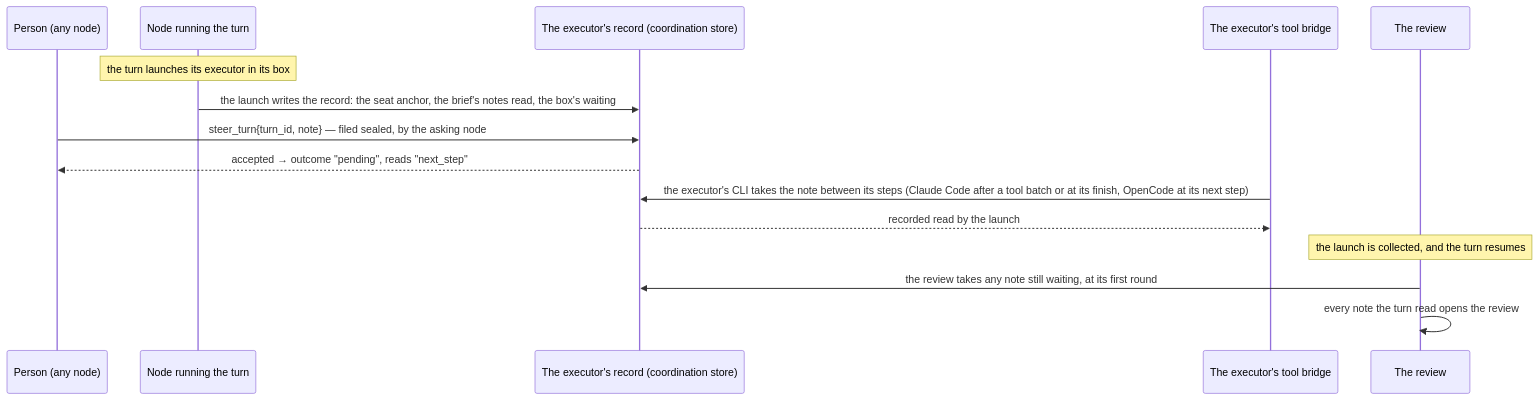
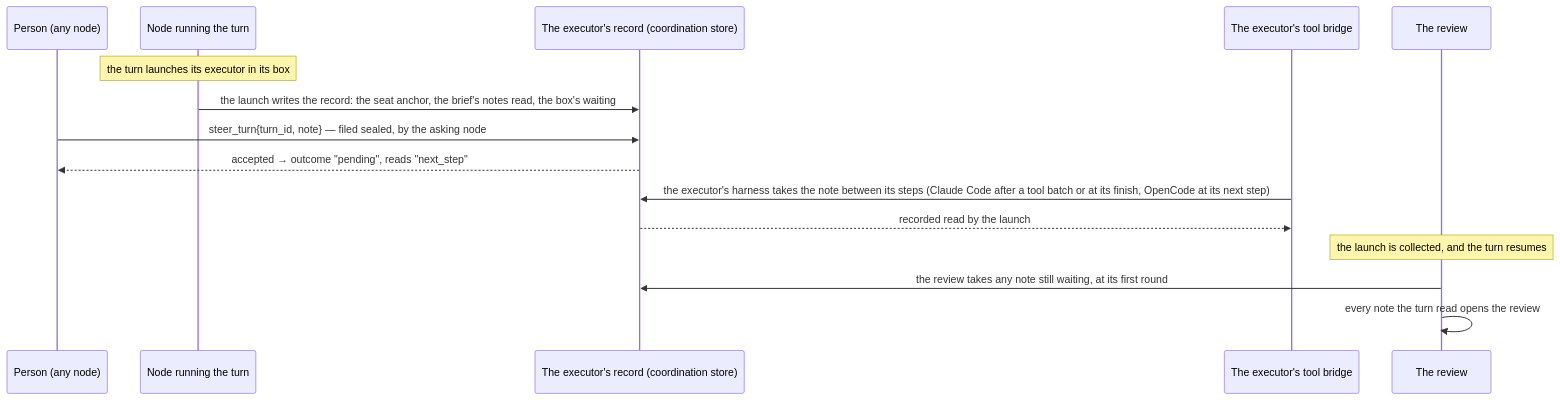
The second of 2 diagrams in docs/concepts/turn-engine.md (crewlet/crewlet), drawn with Mermaid before and after one commit. The commit also changed other lines of this file and 64 other files, not shown here.

First line of the commit message:
docs(docs): say harness where the docs said coding CLI

````diff
--- a/docs/concepts/turn-engine.md
+++ b/docs/concepts/turn-engine.md
@@ -774,17 +774,17 @@
 ```mermaid
 sequenceDiagram
     participant P as Person (any node)
     participant N as Node running the turn
     participant C as The executor's record (coordination store)
     participant B as The executor's tool bridge
     participant R as The review
     Note over N: the turn launches its executor in its box
     N->>C: the launch writes the record: the seat anchor, the brief's notes read, the box's waiting
     P->>C: steer_turn{turn_id, note} — filed sealed, by the asking node
     C-->>P: accepted → outcome "pending", reads "next_step"
-    B->>C: the executor's CLI takes the note between its steps (Claude Code after a tool batch or at its finish, OpenCode at its next step)
+    B->>C: the executor's harness takes the note between its steps (Claude Code after a tool batch or at its finish, OpenCode at its next step)
     C-->>B: recorded read by the launch
     Note over R: the launch is collected, and the turn resumes
     R->>C: the review takes any note still waiting, at its first round
     R->>R: every note the turn read opens the review
 ```
````
